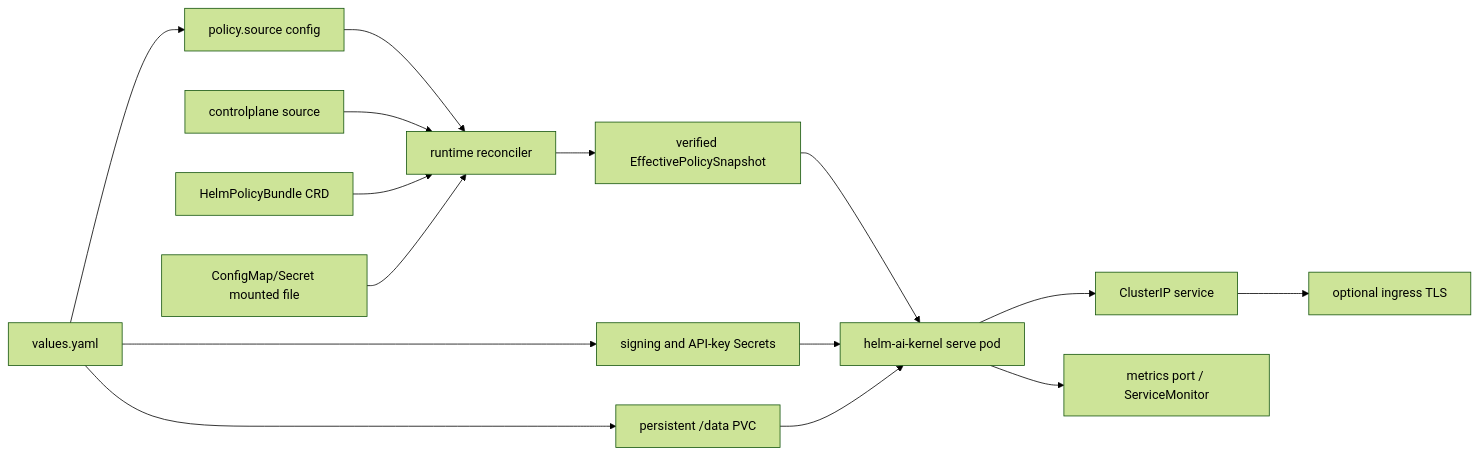
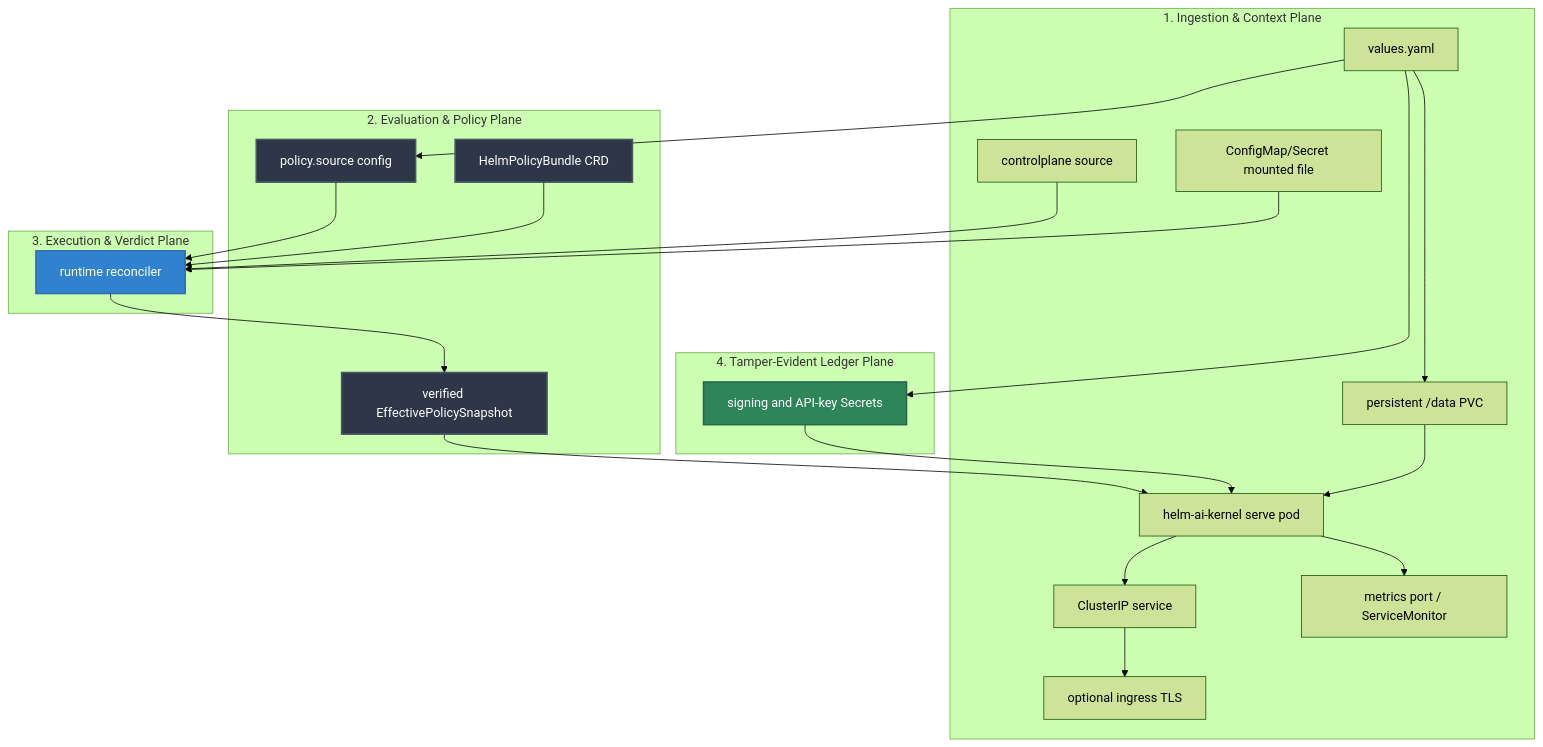
One commit to Mindburn-Labs/helm-ai-kernel changed the diagram in docs/KUBERNETES_DEPLOYMENT.md. Above: the diagram before and after it, drawn with Mermaid (forest theme). The commit also changed other lines of this file and 330 other files, not shown here.

````diff
--- a/docs/KUBERNETES_DEPLOYMENT.md
+++ b/docs/KUBERNETES_DEPLOYMENT.md
@@ -24,17 +24,50 @@
 ```mermaid
-flowchart LR
-  Values["values.yaml"] --> Source["policy.source config"]
-  Source --> Runtime["runtime reconciler"]
-  ControlPlane["controlplane source"] --> Runtime
-  CRD["HelmPolicyBundle CRD"] --> Runtime
-  Mounted["ConfigMap/Secret mounted file"] --> Runtime
-  Runtime --> Snapshot["verified EffectivePolicySnapshot"]
-  Values --> Secrets["signing and API-key Secrets"]
-  Values --> PVC["persistent /data PVC"]
-  Snapshot --> Pod["helm-ai-kernel serve pod"]
-  Secrets --> Pod
-  PVC --> Pod
-  Pod --> Service["ClusterIP service"]
-  Service --> Ingress["optional ingress TLS"]
-  Pod --> Metrics["metrics port / ServiceMonitor"]
+flowchart TD
+    subgraph Ingestion["1. Ingestion & Context Plane"]
+        Values["values.yaml"]
+        ControlPlane["controlplane source"]
+        Mounted["ConfigMap/Secret mounted file"]
+        PVC["persistent /data PVC"]
+        Pod["helm-ai-kernel serve pod"]
+        Service["ClusterIP service"]
+        Ingress["optional ingress TLS"]
+        Metrics["metrics port / ServiceMonitor"]
+    end
+
+    subgraph Evaluation["2. Evaluation & Policy Plane"]
+        Source["policy.source config"]
+        CRD["HelmPolicyBundle CRD"]
+        Snapshot["verified EffectivePolicySnapshot"]
+    end
+
+    subgraph Execution["3. Execution & Verdict Plane"]
+        Runtime["runtime reconciler"]
+    end
+
+    subgraph Ledger["4. Tamper-Evident Ledger Plane"]
+        Secrets["signing and API-key Secrets"]
+    end
+
+    %% Operational Flow Edges
+    Values --> Source
+    Source --> Runtime
+    ControlPlane --> Runtime
+    CRD --> Runtime
+    Mounted --> Runtime
+    Runtime --> Snapshot
+    Values --> Secrets
+    Values --> PVC
+    Snapshot --> Pod
+    Secrets --> Pod
+    PVC --> Pod
+    Pod --> Service
+    Service --> Ingress
+    Pod --> Metrics
+
+    %% Premium Styling Rules
+    style Source fill:#2d3748,stroke:#4a5568,stroke-width:2px,color:#fff
+    style Runtime fill:#3182ce,stroke:#2b6cb0,stroke-width:2px,color:#fff
+    style CRD fill:#2d3748,stroke:#4a5568,stroke-width:2px,color:#fff
+    style Snapshot fill:#2d3748,stroke:#4a5568,stroke-width:2px,color:#fff
+    style Secrets fill:#2f855a,stroke:#276749,stroke-width:2px,color:#fff
 ```
````
